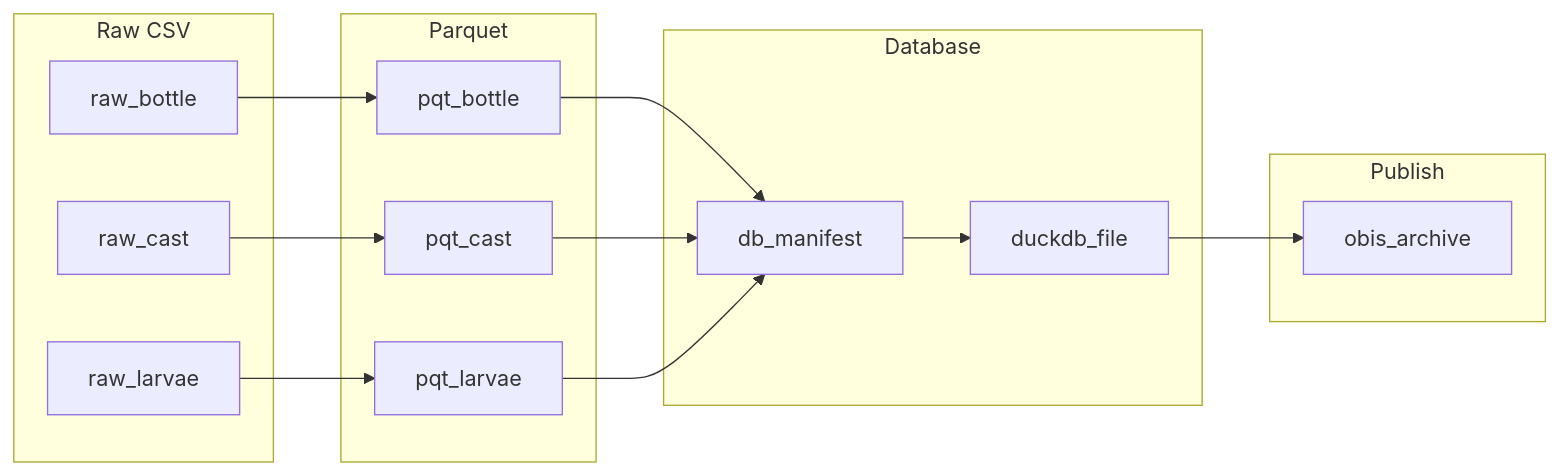
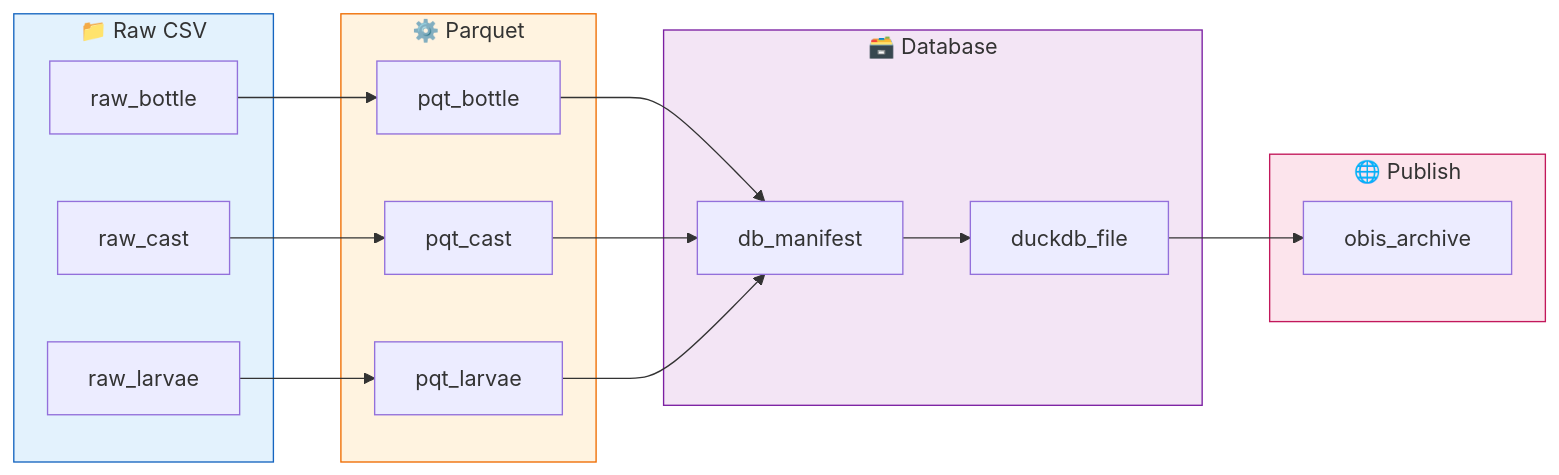
One commit to CalCOFI/workflows changed the eighth of 9 diagrams in README_PLAN.qmd. Above: the diagram before and after it, drawn with Mermaid. The commit also changed other lines of this file and 1 other file, not shown here.

Commit message:
mmd diagram cleanup

````diff
--- a/README_PLAN.qmd
+++ b/README_PLAN.qmd
@@ -1179,37 +1191,42 @@
 ```{mermaid}
 %%| label: fig-targets
 %%| fig-cap: "targets Pipeline Dependency Graph"
 
 flowchart LR
-    subgraph raw["Raw CSV"]
+    subgraph raw["📁 Raw CSV"]
         raw_bottle
         raw_cast
         raw_larvae
     end
 
-    subgraph parquet["Parquet"]
+    subgraph parquet["⚙️ Parquet"]
         pqt_bottle
         pqt_cast
         pqt_larvae
     end
 
-    subgraph database["Database"]
+    subgraph database["🗃️ Database"]
         db_manifest
         duckdb_file
     end
 
-    subgraph publish["Publish"]
+    subgraph publish["🌐 Publish"]
         obis_archive
     end
 
     raw_bottle --> pqt_bottle
     raw_cast --> pqt_cast
     raw_larvae --> pqt_larvae
 
     pqt_bottle --> db_manifest
     pqt_cast --> db_manifest
     pqt_larvae --> db_manifest
 
     db_manifest --> duckdb_file
     duckdb_file --> obis_archive
+
+    style raw fill:#e3f2fd,stroke:#1565c0
+    style parquet fill:#fff3e0,stroke:#ef6c00
+    style database fill:#f3e5f5,stroke:#7b1fa2
+    style publish fill:#fce4ec,stroke:#c2185b
 ```
````
